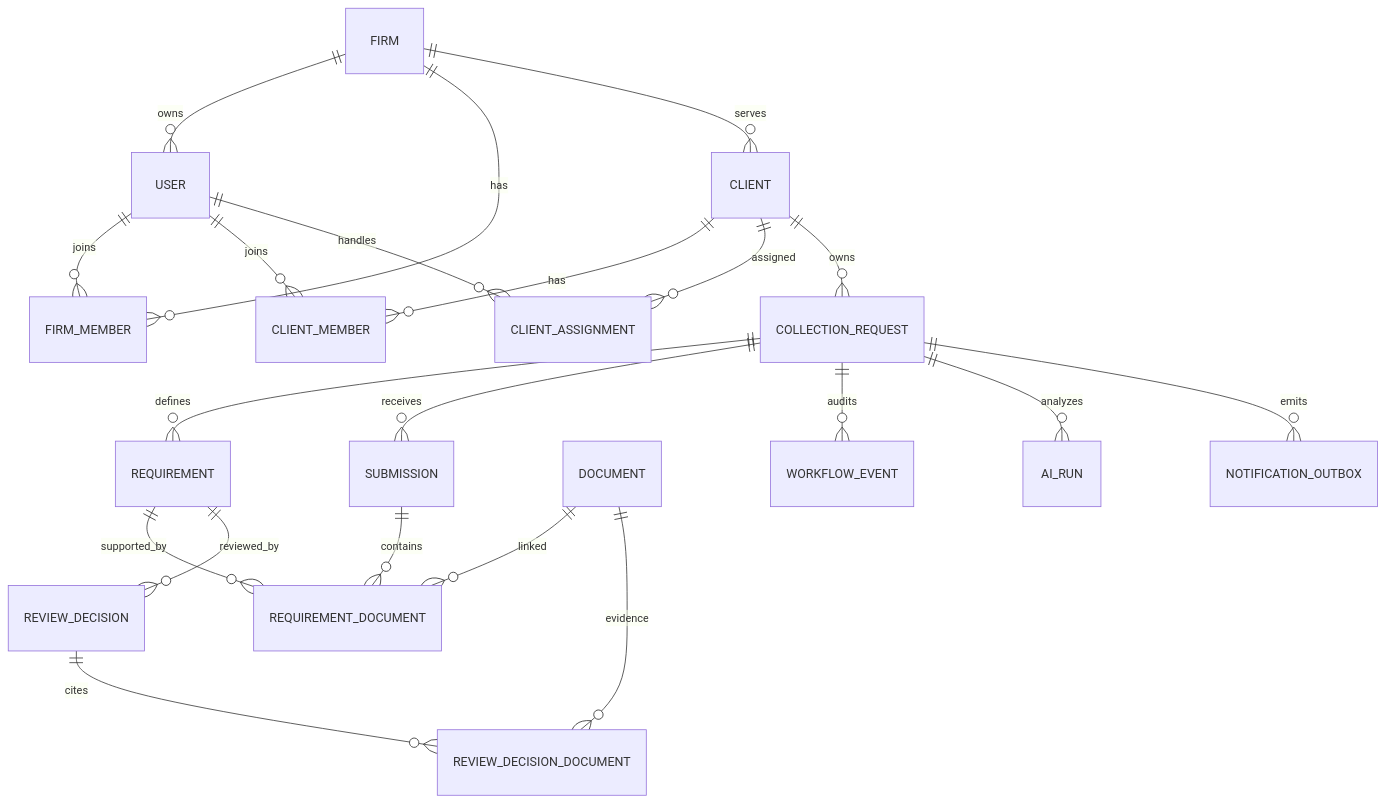
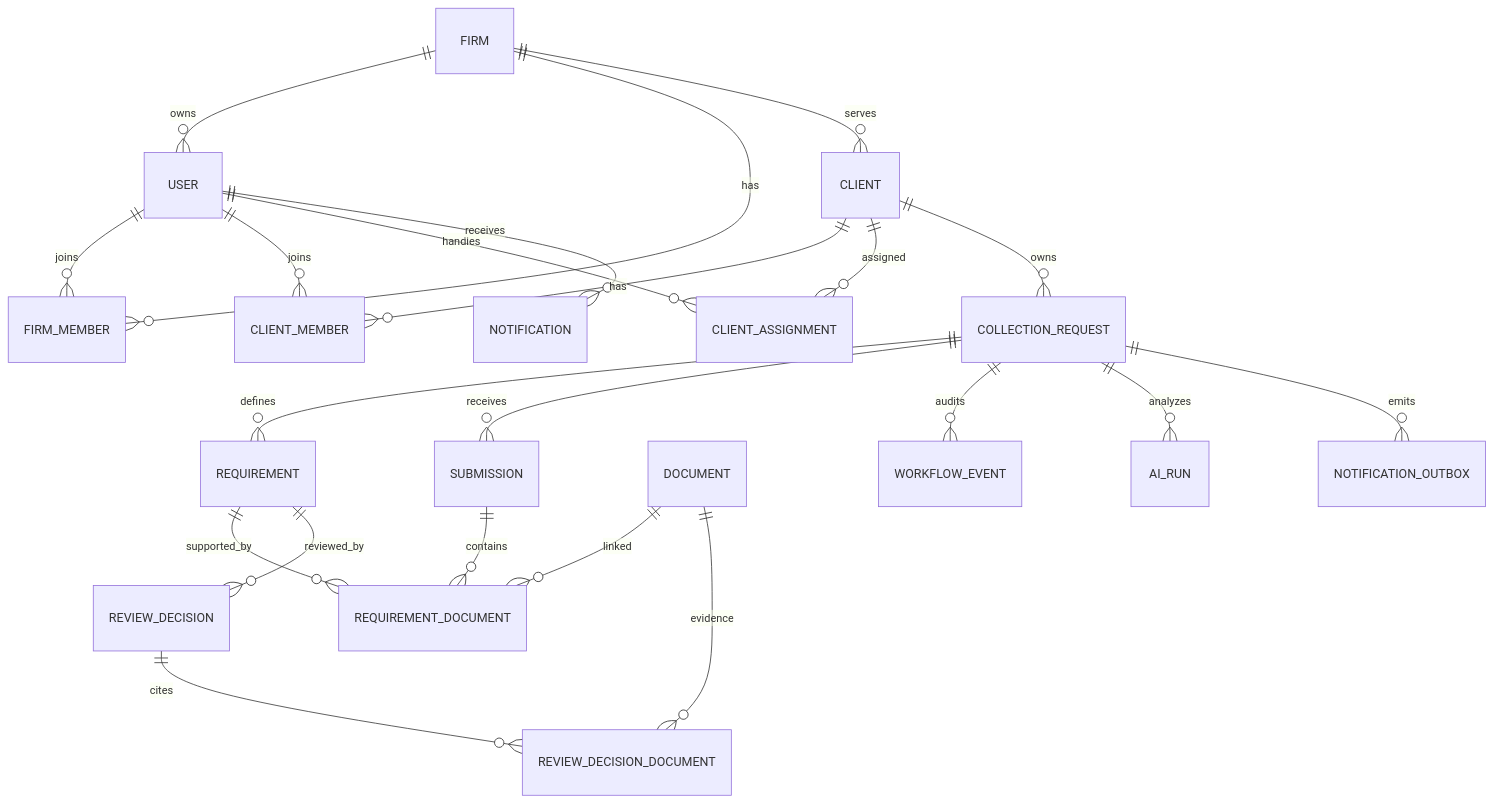
One commit to multi-mind-nus/acc-system-docs changed the sixth of 7 diagrams in README_系统设计说明书.md. Above: the diagram before and after it, drawn with Mermaid. The commit also changed other lines of this file and 5 other files, not shown here.

Commit message:
docs: add Folio architecture diagrams and refresh design documentation

````diff
--- a/README_系统设计说明书.md
+++ b/README_系统设计说明书.md
@@ -453,23 +477,24 @@
 ```mermaid
 erDiagram
     FIRM ||--o{ USER : owns
     FIRM ||--o{ FIRM_MEMBER : has
     USER ||--o{ FIRM_MEMBER : joins
     FIRM ||--o{ CLIENT : serves
     CLIENT ||--o{ CLIENT_MEMBER : has
     USER ||--o{ CLIENT_MEMBER : joins
     CLIENT ||--o{ CLIENT_ASSIGNMENT : assigned
     USER ||--o{ CLIENT_ASSIGNMENT : handles
     CLIENT ||--o{ COLLECTION_REQUEST : owns
     COLLECTION_REQUEST ||--o{ REQUIREMENT : defines
     COLLECTION_REQUEST ||--o{ SUBMISSION : receives
     SUBMISSION ||--o{ REQUIREMENT_DOCUMENT : contains
     DOCUMENT ||--o{ REQUIREMENT_DOCUMENT : linked
     REQUIREMENT ||--o{ REQUIREMENT_DOCUMENT : supported_by
     REQUIREMENT ||--o{ REVIEW_DECISION : reviewed_by
     REVIEW_DECISION ||--o{ REVIEW_DECISION_DOCUMENT : cites
     DOCUMENT ||--o{ REVIEW_DECISION_DOCUMENT : evidence
     COLLECTION_REQUEST ||--o{ WORKFLOW_EVENT : audits
     COLLECTION_REQUEST ||--o{ AI_RUN : analyzes
     COLLECTION_REQUEST ||--o{ NOTIFICATION_OUTBOX : emits
+    USER ||--o{ NOTIFICATION : receives
 ```
````
